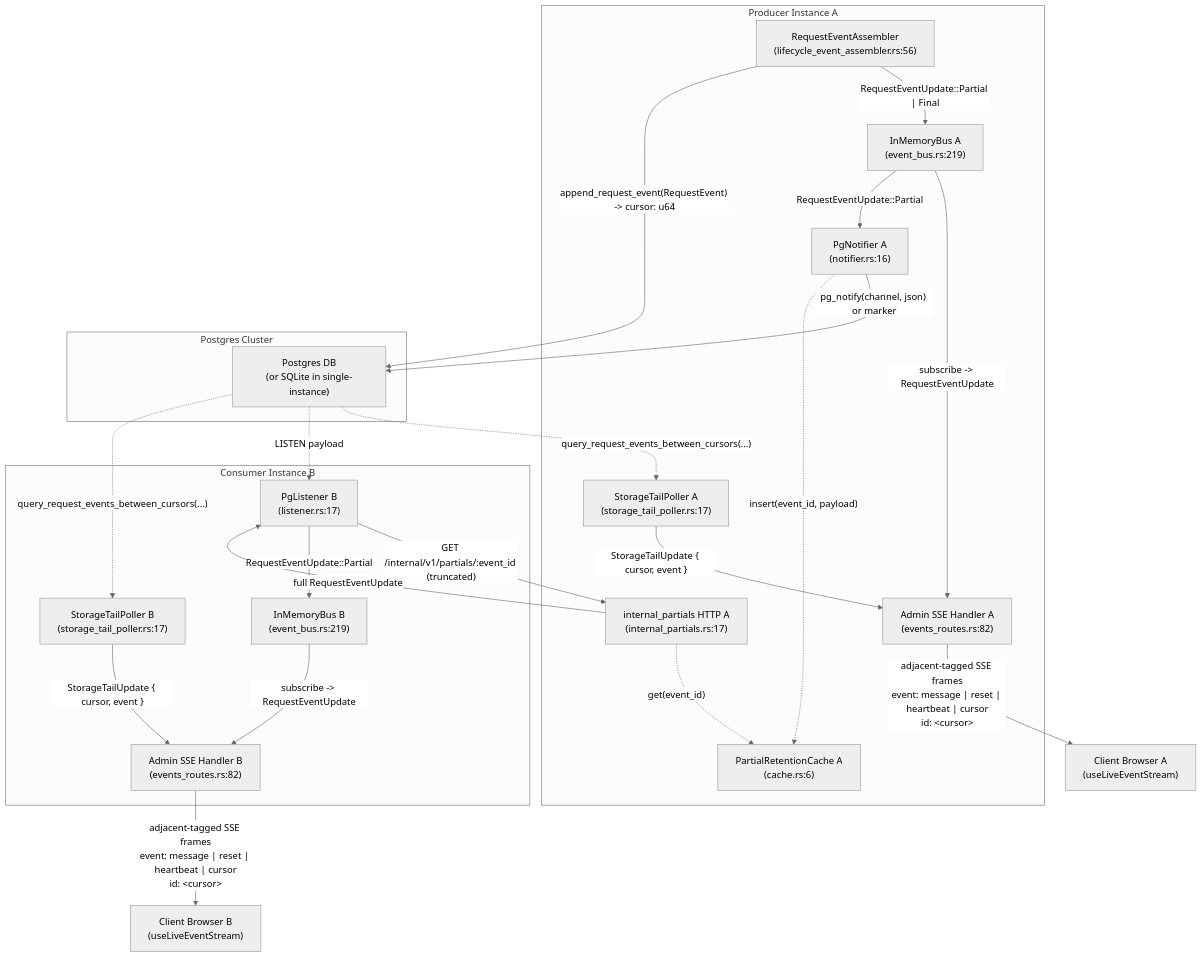
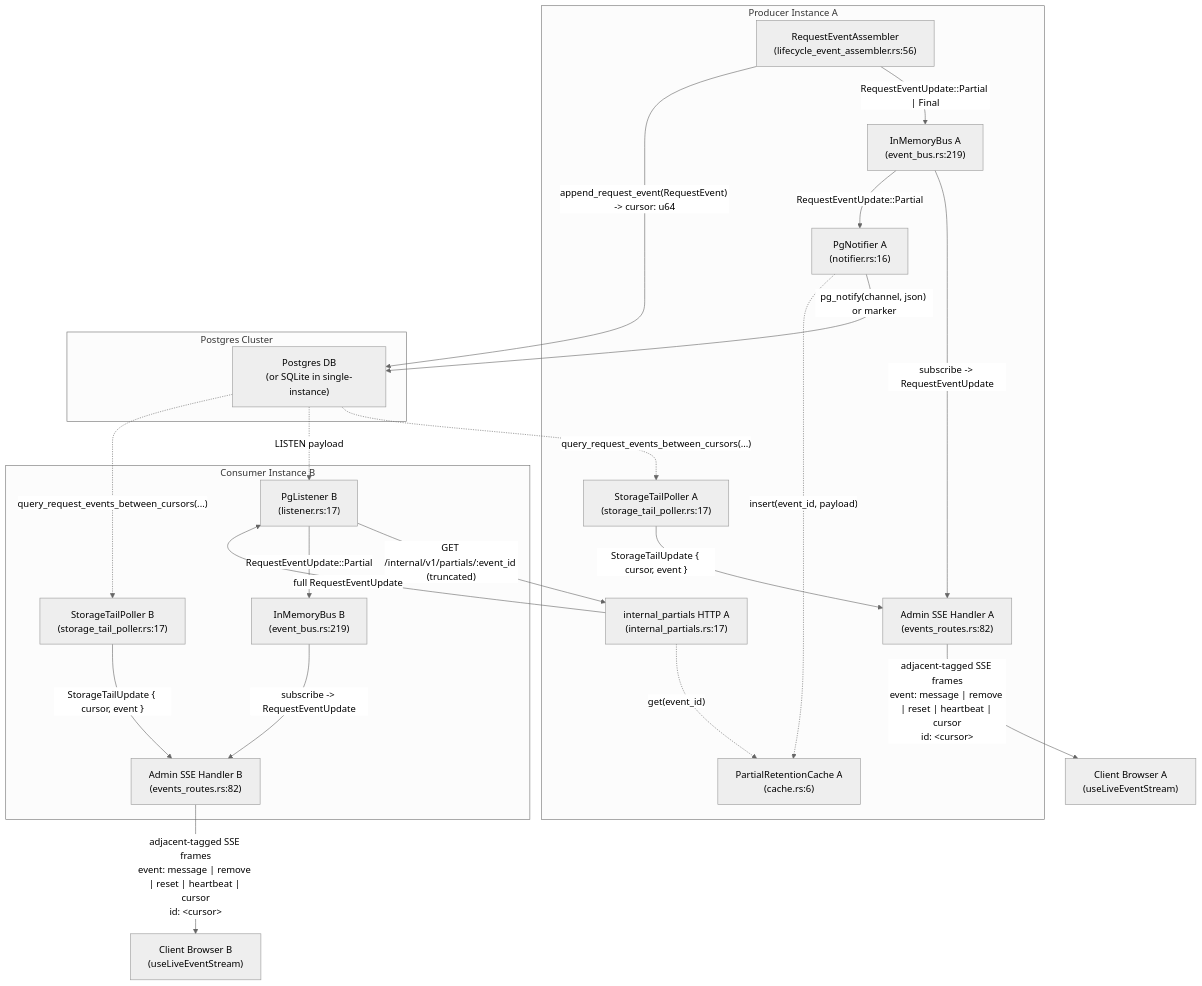
Before and after one commit to isac322/cc-lb: the first of 2 diagrams in docs/architecture-live-tail.md, drawn with Mermaid (neutral theme). The commit also changed other lines of this file and 203 other files, not shown here.

````diff
--- a/docs/architecture-live-tail.md
+++ b/docs/architecture-live-tail.md
@@ -9,52 +9,52 @@
 ```mermaid
 graph TB
     subgraph ProducerInstanceA["Producer Instance A"]
         AssemblerA["RequestEventAssembler<br/>(lifecycle_event_assembler.rs:56)"]
         BusA["InMemoryBus A<br/>(event_bus.rs:219)"]
         SSEHandlerA["Admin SSE Handler A<br/>(events_routes.rs:82)"]
         PollerA["StorageTailPoller A<br/>(storage_tail_poller.rs:17)"]
         NotifierA["PgNotifier A<br/>(notifier.rs:16)"]
         CacheA["PartialRetentionCache A<br/>(cache.rs:6)"]
         InternalAPI_A["internal_partials HTTP A<br/>(internal_partials.rs:17)"]
     end
 
     subgraph DB["Postgres Cluster"]
         Postgres["Postgres DB<br/>(or SQLite in single-instance)"]
     end
 
     subgraph ConsumerInstanceB["Consumer Instance B"]
         BusB["InMemoryBus B<br/>(event_bus.rs:219)"]
         SSEHandlerB["Admin SSE Handler B<br/>(events_routes.rs:82)"]
         PollerB["StorageTailPoller B<br/>(storage_tail_poller.rs:17)"]
         ListenerB["PgListener B<br/>(listener.rs:17)"]
     end
 
     ClientA["Client Browser A<br/>(useLiveEventStream)"]
     ClientB["Client Browser B<br/>(useLiveEventStream)"]
 
     %% Producer Instance A Flows
     AssemblerA -->|"RequestEventUpdate::Partial | Final"| BusA
     AssemblerA -->|"append_request_event(RequestEvent) -> cursor: u64"| Postgres
     BusA -->|"subscribe -> RequestEventUpdate"| SSEHandlerA
     Postgres -.->|"query_request_events_between_cursors(...)"| PollerA
     PollerA -->|"StorageTailUpdate { cursor, event }"| SSEHandlerA
     BusA -->|"RequestEventUpdate::Partial"| NotifierA
     NotifierA -->|"pg_notify(channel, json) or marker"| Postgres
     NotifierA -.->|"insert(event_id, payload)"| CacheA
 
     %% Cross-Instance Flows
     Postgres -.->|"LISTEN payload"| ListenerB
     ListenerB -->|"GET /internal/v1/partials/:event_id (truncated)"| InternalAPI_A
     InternalAPI_A -.->|"get(event_id)"| CacheA
     InternalAPI_A -->|"full RequestEventUpdate"| ListenerB
     ListenerB -->|"RequestEventUpdate::Partial"| BusB
 
     %% Consumer Instance B Flows
     BusB -->|"subscribe -> RequestEventUpdate"| SSEHandlerB
     Postgres -.->|"query_request_events_between_cursors(...)"| PollerB
     PollerB -->|"StorageTailUpdate { cursor, event }"| SSEHandlerB
 
     %% Client Delivery
-    SSEHandlerA -->|"adjacent-tagged SSE frames<br/>event: message | reset | heartbeat | cursor<br/>id: &lt;cursor&gt;"| ClientA
-    SSEHandlerB -->|"adjacent-tagged SSE frames<br/>event: message | reset | heartbeat | cursor<br/>id: &lt;cursor&gt;"| ClientB
+    SSEHandlerA -->|"adjacent-tagged SSE frames<br/>event: message | remove | reset | heartbeat | cursor<br/>id: &lt;cursor&gt;"| ClientA
+    SSEHandlerB -->|"adjacent-tagged SSE frames<br/>event: message | remove | reset | heartbeat | cursor<br/>id: &lt;cursor&gt;"| ClientB
 ```
````
